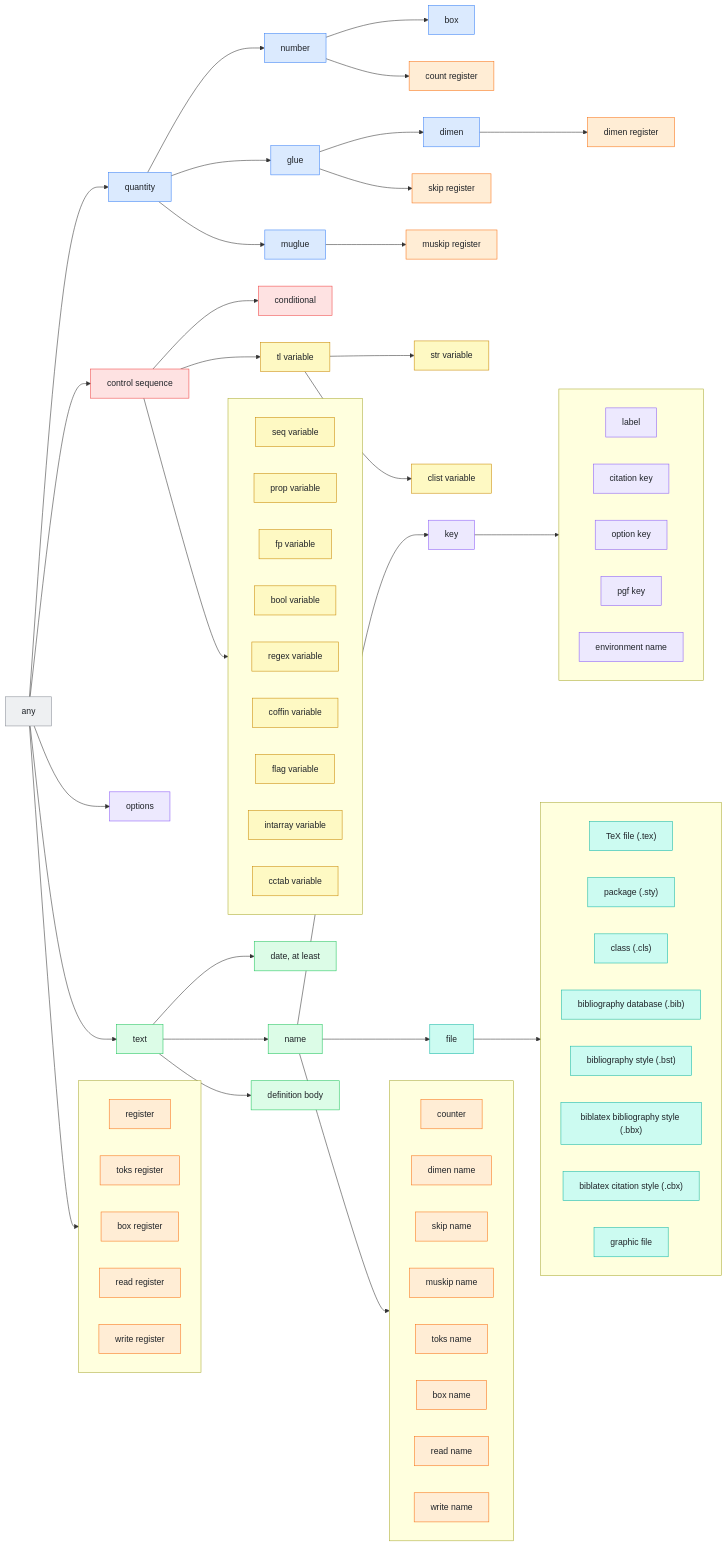
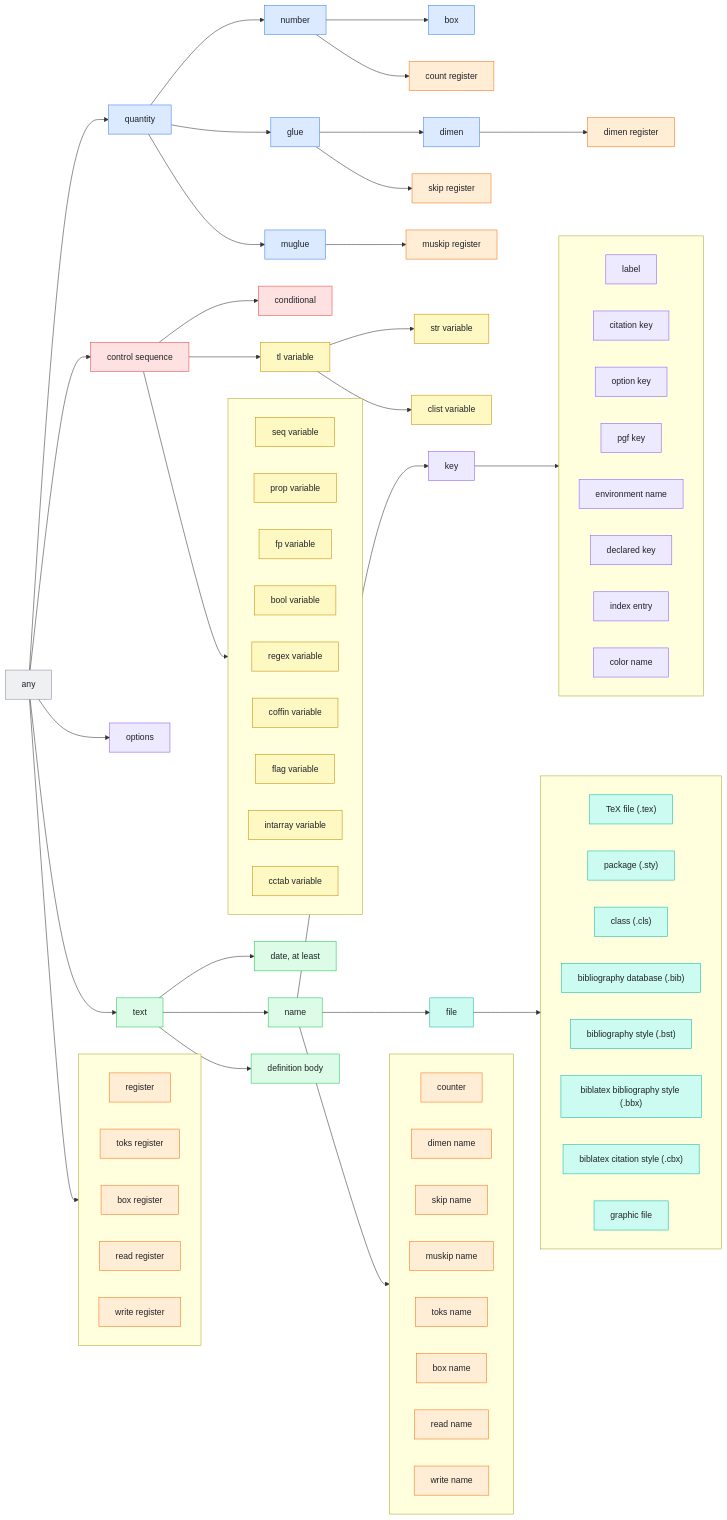
One commit to EagleoutIce/satex-analyzer changed the diagram in doc/wiki/domains.md. Above: the diagram before and after it, drawn with Mermaid. The commit also changed other lines of this file and 76 other files, not shown here.

```diff
--- a/doc/wiki/domains.md
+++ b/doc/wiki/domains.md
@@ -310,15 +310,18 @@
   t46["option key"]:::key
   t47["pgf key"]:::key
   t48["environment name"]:::key
-  t49["file"]:::file
-  t50["TeX file (.tex)"]:::file
-  t51["package (.sty)"]:::file
-  t52["class (.cls)"]:::file
-  t53["bibliography database (.bib)"]:::file
-  t54["bibliography style (.bst)"]:::file
-  t55["biblatex bibliography style (.bbx)"]:::file
-  t56["biblatex citation style (.cbx)"]:::file
-  t57["graphic file"]:::file
+  t49["declared key"]:::key
+  t50["index entry"]:::key
+  t51["color name"]:::key
+  t52["file"]:::file
+  t53["TeX file (.tex)"]:::file
+  t54["package (.sty)"]:::file
+  t55["class (.cls)"]:::file
+  t56["bibliography database (.bib)"]:::file
+  t57["bibliography style (.bst)"]:::file
+  t58["biblatex bibliography style (.bbx)"]:::file
+  t59["biblatex citation style (.cbx)"]:::file
+  t60["graphic file"]:::file
   subgraph g0_register[" "]
     direction LR
     t7
@@ -360,20 +363,23 @@
     t46
     t47
     t48
+    t49
+    t50
+    t51
   end
   t43 --> g43_key
-  subgraph g49_file[" "]
+  subgraph g52_file[" "]
     direction LR
-    t50
-    t51
-    t52
     t53
     t54
     t55
     t56
     t57
+    t58
+    t59
+    t60
   end
-  t49 --> g49_file
+  t52 --> g52_file
   t0 --> t1
   t1 --> t2
   t4 --> t3
@@ -395,7 +401,7 @@
   t4 --> t29
   t5 --> t30
   t13 --> t43
-  t13 --> t49
+  t13 --> t52
   classDef top fill:#eef0f2,stroke:#8a8f98,color:#1f2328
   classDef quantity fill:#dbeafe,stroke:#3b82f6,color:#1f2328
   classDef register fill:#ffedd5,stroke:#f97316,color:#1f2328
```
